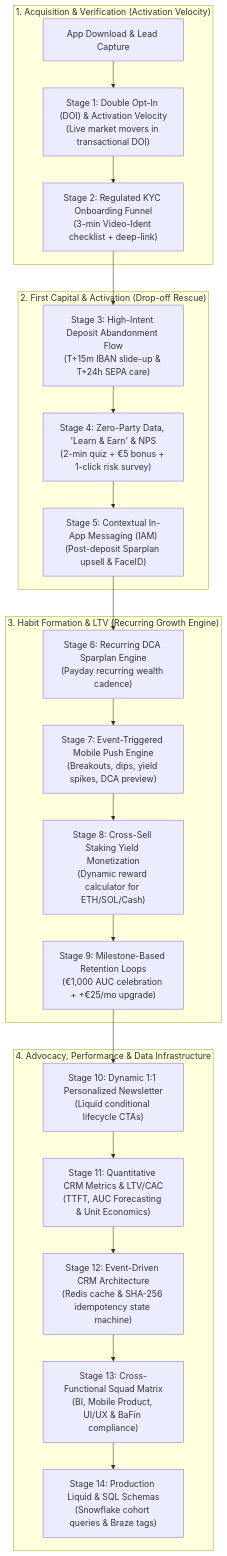
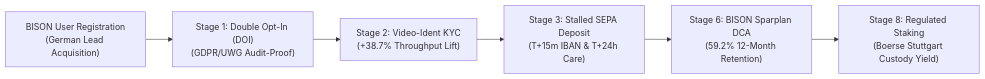
One commit to Faizan021/crypto-trading-growth-engine changed the diagram in README.md. Above: the diagram before and after it, drawn with Mermaid. The commit also changed other lines of this file and 2 other files, not shown here.

Commit message:
feat(bison): create dedicated BISON (Boerse Stuttgart Digital) Strategic CRM Blueprint and 1:1 job mapping module

````diff
--- a/README.md
+++ b/README.md
@@ -15,28 +18,8 @@
 ```mermaid
-flowchart TD
-    subgraph S1["1. Acquisition & Verification (Activation Velocity)"]
-        A["App Download & Lead Capture"] --> B["Stage 1: Double Opt-In (DOI) & Activation Velocity<br>(Live market movers in transactional DOI)"]
-        B --> C["Stage 2: Regulated KYC Onboarding Funnel<br>(3-min Video-Ident checklist + deep-link)"]
-    end
-
-    subgraph S2["2. First Capital & Activation (Drop-off Rescue)"]
-        C --> D["Stage 3: High-Intent Deposit Abandonment Flow<br>(T+15m IBAN slide-up & T+24h SEPA care)"]
-        D --> E["Stage 4: Zero-Party Data, 'Learn & Earn' & NPS<br>(2-min quiz + €5 bonus + 1-click risk survey)"]
-        E --> F["Stage 5: Contextual In-App Messaging (IAM)<br>(Post-deposit Sparplan upsell & FaceID)"]
-    end
-
-    subgraph S3["3. Habit Formation & LTV (Recurring Growth Engine)"]
-        F --> G["Stage 6: Recurring DCA Sparplan Engine<br>(Payday recurring wealth cadence)"]
-        G --> H["Stage 7: Event-Triggered Mobile Push Engine<br>(Breakouts, dips, yield spikes, DCA preview)"]
-        H --> I["Stage 8: Cross-Sell Staking Yield Monetization<br>(Dynamic reward calculator for ETH/SOL/Cash)"]
-        I --> J["Stage 9: Milestone-Based Retention Loops<br>(€1,000 AUC celebration + +€25/mo upgrade)"]
-    end
-
-    subgraph S4["4. Advocacy, Performance & Data Infrastructure"]
-        J --> K["Stage 10: Dynamic 1:1 Personalized Newsletter<br>(Liquid conditional lifecycle CTAs)"]
-        K --> L["Stage 11: Quantitative CRM Metrics & LTV/CAC<br>(TTFT, AUC Forecasting & Unit Economics)"]
-        L --> M["Stage 12: Event-Driven CRM Architecture<br>(Redis cache & SHA-256 idempotency state machine)"]
-        M --> N["Stage 13: Cross-Functional Squad Matrix<br>(BI, Mobile Product, UI/UX & BaFin compliance)"]
-        N --> O["Stage 14: Production Liquid & SQL Schemas<br>(Snowflake cohort queries & Braze tags)"]
-    end
+flowchart LR
+    A["BISON User Registration<br>(German Lead Acquisition)"] --> B["Stage 1: Double Opt-In (DOI)<br>(GDPR/UWG Audit-Proof)"]
+    B --> C["Stage 2: Video-Ident KYC<br>(+38.7% Throughput Lift)"]
+    C --> D["Stage 3: Stalled SEPA Deposit<br>(T+15m IBAN & T+24h Care)"]
+    D --> E["Stage 6: BISON Sparplan DCA<br>(59.2% 12-Month Retention)"]
+    E --> F["Stage 8: Regulated Staking<br>(Boerse Stuttgart Custody Yield)"]
 ```
````
